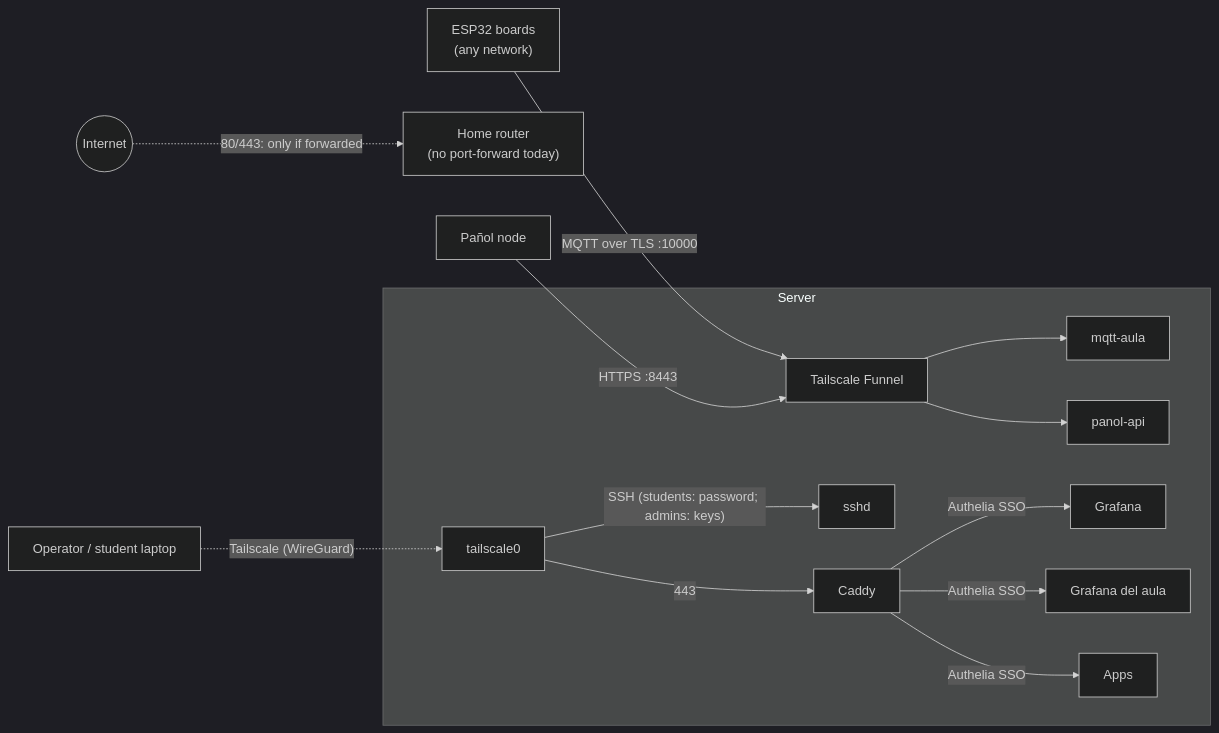
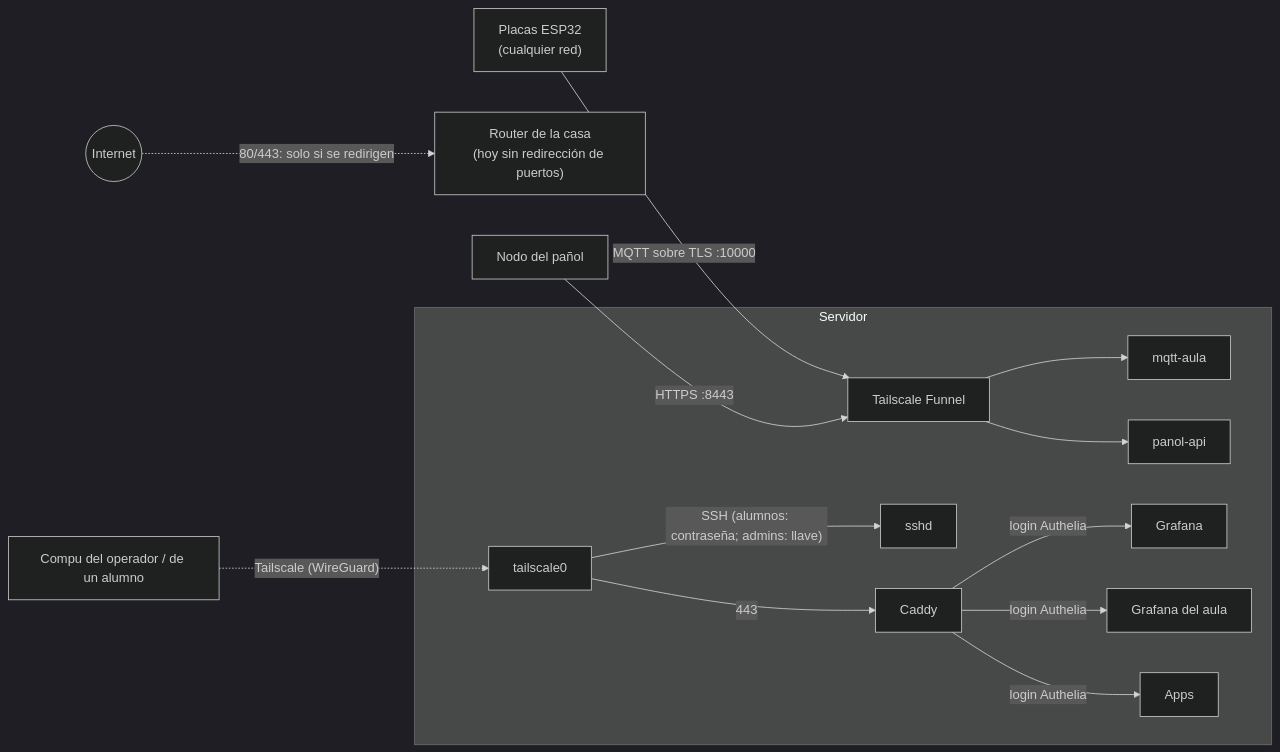
One commit to resourceldg/homelab changed the second of 4 diagrams in docs/architecture.md. Above: the diagram before and after it, drawn with Mermaid (dark theme). The commit also changed other lines of this file and 16 other files, not shown here.

````diff
--- a/docs/architecture.md
+++ b/docs/architecture.md
@@ -59,16 +63,16 @@
 ```mermaid
 flowchart LR
     Internet(("Internet"))
-    Router["Home router<br/>(no port-forward today)"]
-    Internet -.->|"80/443: only if forwarded"| Router
-    Laptop["Operator / student laptop"] -. "Tailscale (WireGuard)" .-> TS[tailscale0]
-    ESP["ESP32 boards<br/>(any network)"] -->|"MQTT over TLS :10000"| Funnel["Tailscale Funnel"]
-    PanolNode["Pañol node"] -->|"HTTPS :8443"| Funnel
-    subgraph Server
-        TS -->|"SSH (students: password; admins: keys)"| SSHD[sshd]
+    Router["Router de la casa<br/>(hoy sin redirección de puertos)"]
+    Internet -.->|"80/443: solo si se redirigen"| Router
+    Laptop["Compu del operador / de un alumno"] -. "Tailscale (WireGuard)" .-> TS[tailscale0]
+    ESP["Placas ESP32<br/>(cualquier red)"] -->|"MQTT sobre TLS :10000"| Funnel["Tailscale Funnel"]
+    PanolNode["Nodo del pañol"] -->|"HTTPS :8443"| Funnel
+    subgraph Server["Servidor"]
+        TS -->|"SSH (alumnos: contraseña; admins: llave)"| SSHD[sshd]
         TS -->|"443"| Caddy
         Funnel --> Broker["mqtt-aula"]
         Funnel --> PanolAPI["panol-api"]
-        Caddy -->|"Authelia SSO"| Grafana & GrafanaAula["Grafana del aula"] & Apps
+        Caddy -->|"login Authelia"| Grafana & GrafanaAula["Grafana del aula"] & Apps
     end
 ```
````
